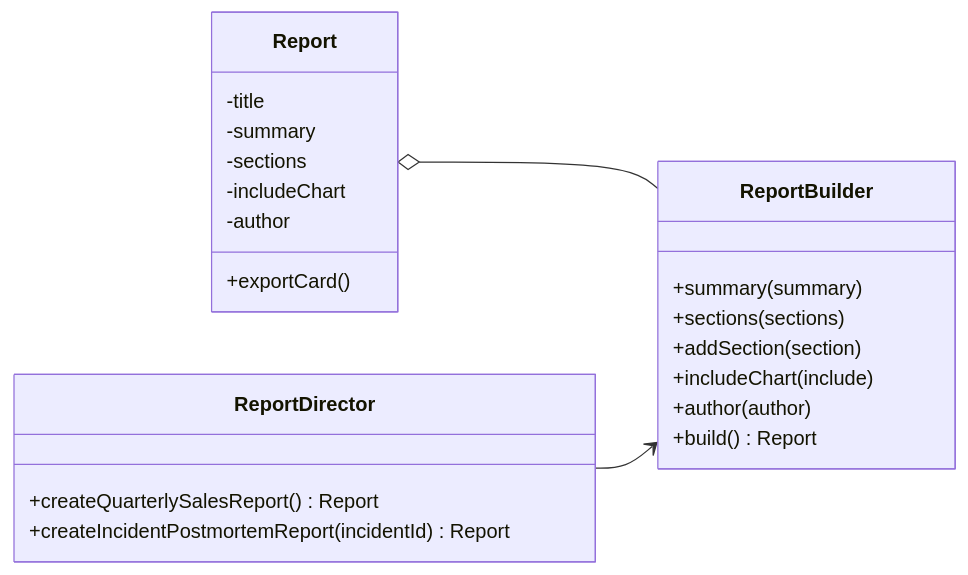
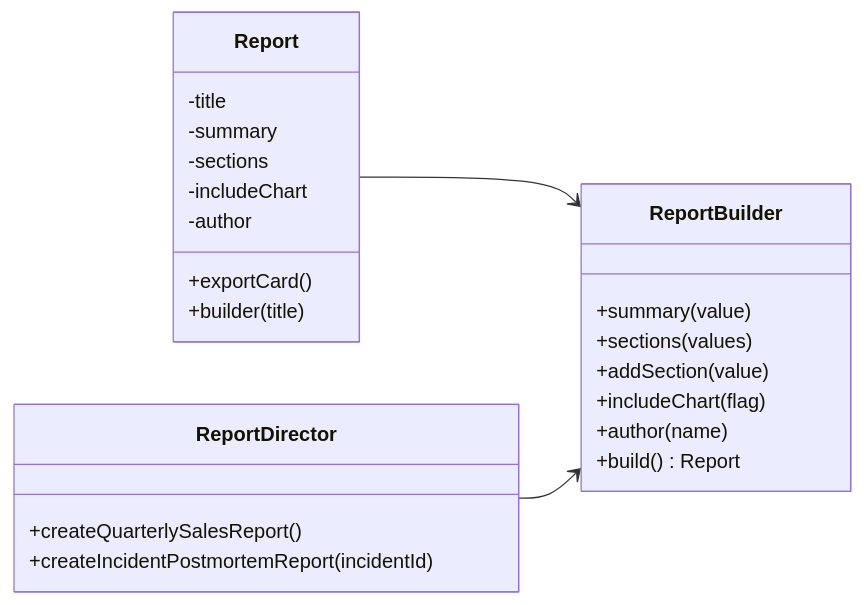
One commit to TunahanCan/design_pattern changed the first of 2 diagrams in src/main/java/com/can/creational/builder/explain/builder.md. Above: the diagram before and after it, drawn with Mermaid. The commit also changed other lines of this file and 4 other files, not shown here.

````diff
--- a/src/main/java/com/can/creational/builder/explain/builder.md
+++ b/src/main/java/com/can/creational/builder/explain/builder.md
@@ -29,30 +26,31 @@
 ```mermaid
 classDiagram
     direction LR
 
     class Report {
       -title
       -summary
       -sections
       -includeChart
       -author
       +exportCard()
+      +builder(title)
     }
 
     class ReportBuilder {
-      +summary(summary)
-      +sections(sections)
-      +addSection(section)
-      +includeChart(include)
-      +author(author)
+      +summary(value)
+      +sections(values)
+      +addSection(value)
+      +includeChart(flag)
+      +author(name)
       +build() Report
     }
 
     class ReportDirector {
-      +createQuarterlySalesReport() Report
-      +createIncidentPostmortemReport(incidentId) Report
+      +createQuarterlySalesReport()
+      +createIncidentPostmortemReport(incidentId)
     }
 
-    Report o-- ReportBuilder
+    Report --> ReportBuilder
     ReportDirector --> ReportBuilder
 ```
````
